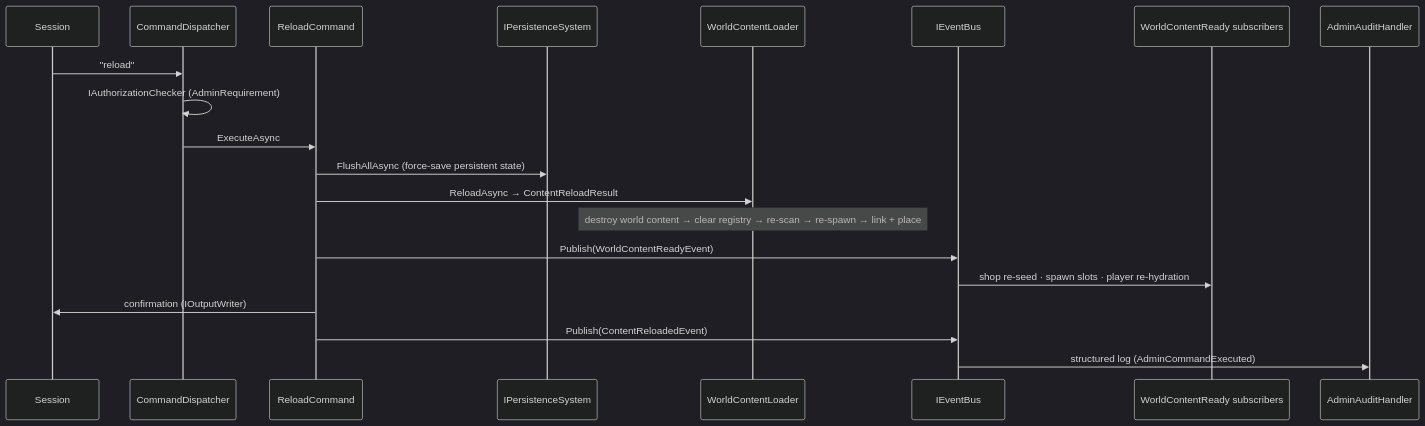
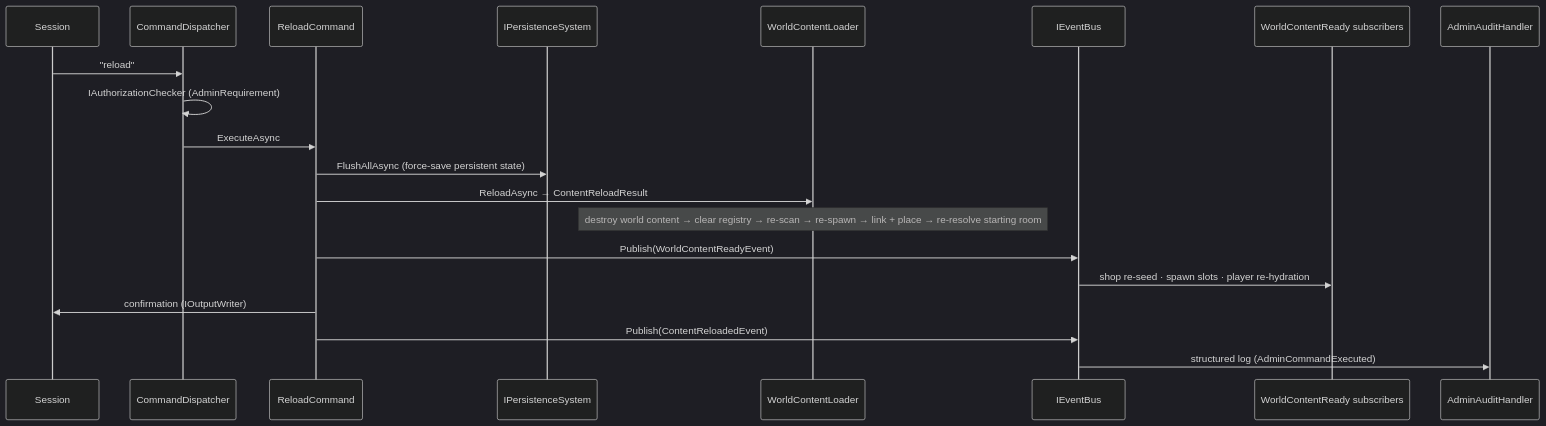
Before and after one commit to dmbyer/Hedron: the diagram in docs/architecture/flows/flow-05-content-reload.md, drawn with Mermaid (dark theme). The commit also changed other lines of this file and 97 other files, not shown here.

````diff
--- a/docs/architecture/flows/flow-05-content-reload.md
+++ b/docs/architecture/flows/flow-05-content-reload.md
@@ -9,23 +9,23 @@
 ```mermaid
 sequenceDiagram
     participant Sess as Session
     participant CD as CommandDispatcher
     participant RC as ReloadCommand
     participant Pers as IPersistenceSystem
     participant WCL as WorldContentLoader
     participant Bus as IEventBus
     participant Subs as WorldContentReady subscribers
     participant Audit as AdminAuditHandler
 
     Sess->>CD: "reload"
     CD->>CD: IAuthorizationChecker (AdminRequirement)
     CD->>RC: ExecuteAsync
     RC->>Pers: FlushAllAsync (force-save persistent state)
     RC->>WCL: ReloadAsync → ContentReloadResult
-    Note over WCL: destroy world content → clear registry → re-scan → re-spawn → link + place
+    Note over WCL: destroy world content → clear registry → re-scan → re-spawn → link + place → re-resolve starting room
     RC->>Bus: Publish(WorldContentReadyEvent)
     Bus->>Subs: shop re-seed · spawn slots · player re-hydration
     RC->>Sess: confirmation (IOutputWriter)
     RC->>Bus: Publish(ContentReloadedEvent)
     Bus->>Audit: structured log (AdminCommandExecuted)
 ```
````
